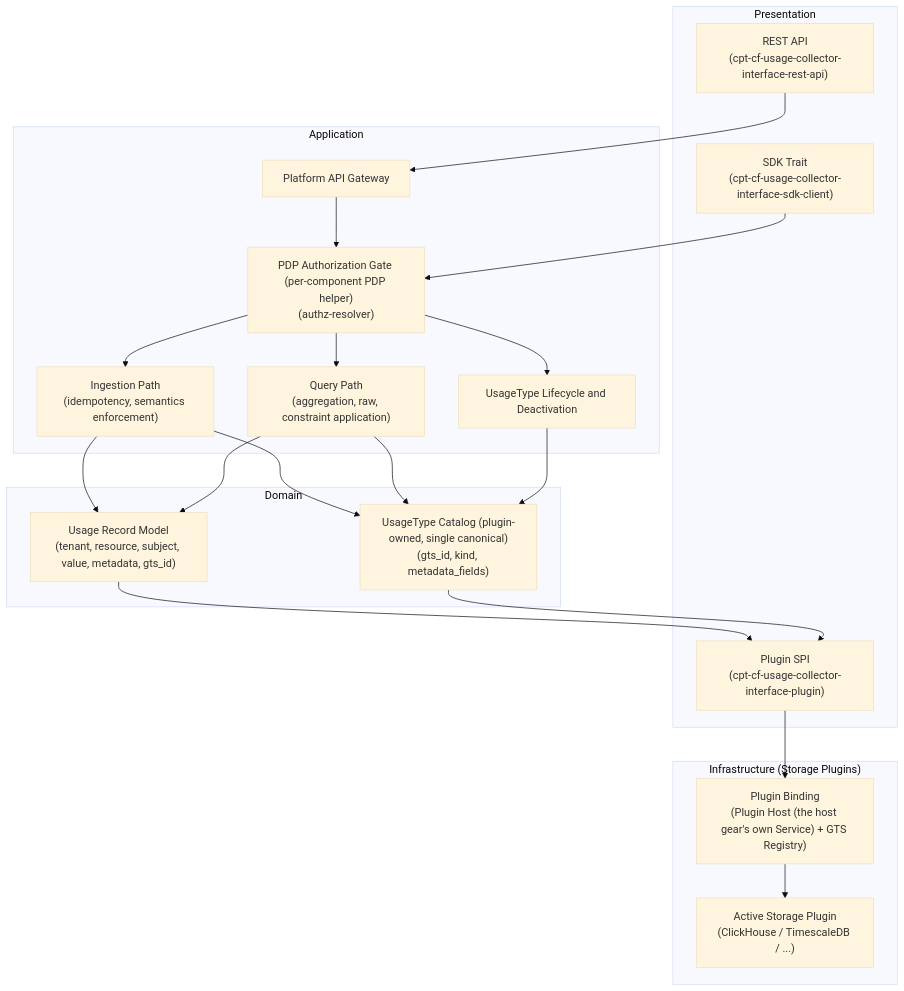
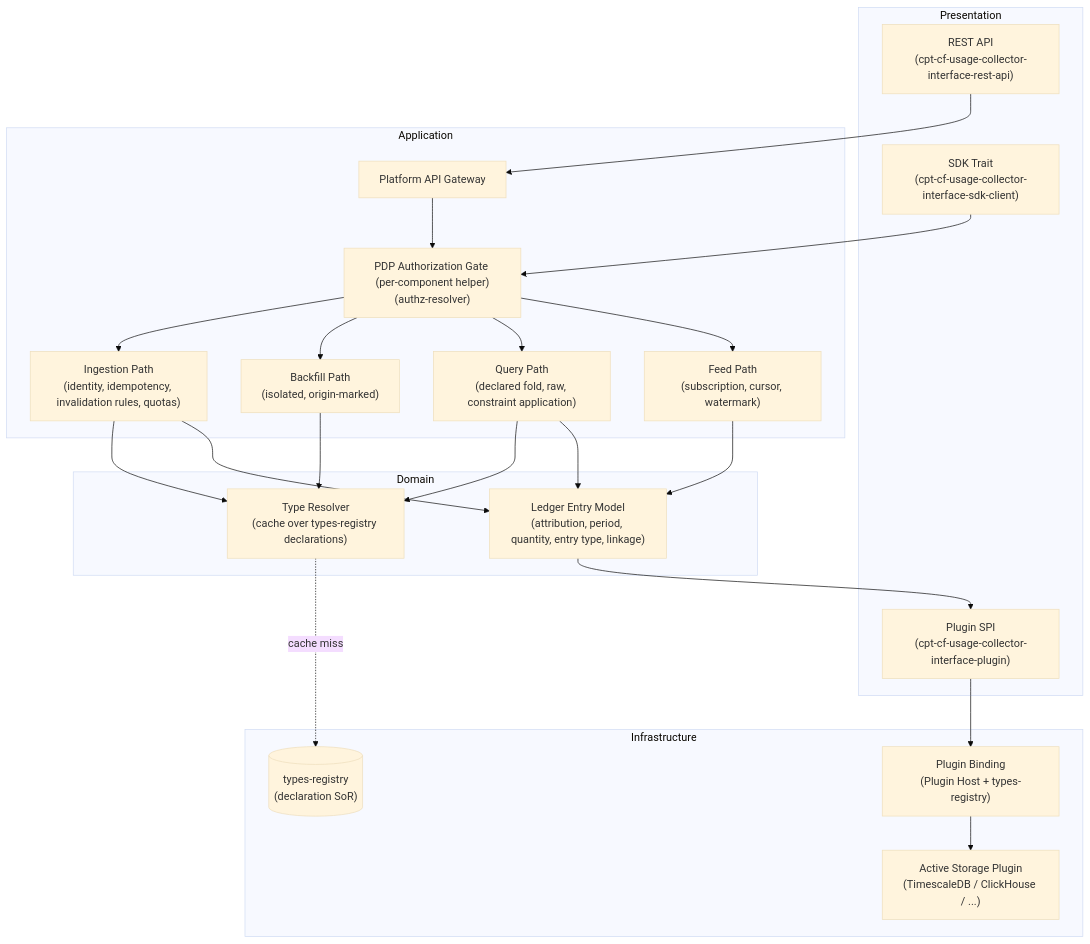
The first of 8 diagrams in gears/system/usage-collector/docs/DESIGN.md (constructorfabric/gears-rust), drawn with Mermaid (base theme) before and after one commit. The commit also changed other lines of this file and 36 other files, not shown here.

First line of the commit message:
docs(usage-collector)!: rework the metering model in DESIGN and the ADRs

````diff
--- a/gears/system/usage-collector/docs/DESIGN.md
+++ b/gears/system/usage-collector/docs/DESIGN.md
@@ -101,38 +131,42 @@
 ```mermaid
 flowchart TB
     subgraph Presentation["Presentation"]
         REST["REST API<br/>(cpt-cf-usage-collector-interface-rest-api)"]
         SDK["SDK Trait<br/>(cpt-cf-usage-collector-interface-sdk-client)"]
         SPI["Plugin SPI<br/>(cpt-cf-usage-collector-interface-plugin)"]
     end
     subgraph Application["Application"]
         Gateway["Platform API Gateway"]
-        AuthGate["PDP Authorization Gate (per-component PDP helper)<br/>(authz-resolver)"]
-        IngestPath["Ingestion Path<br/>(idempotency, semantics enforcement)"]
-        QueryPath["Query Path<br/>(aggregation, raw, constraint application)"]
-        Lifecycle["UsageType Lifecycle and Deactivation"]
+        AuthGate["PDP Authorization Gate (per-component helper)<br/>(authz-resolver)"]
+        IngestPath["Ingestion Path<br/>(identity, idempotency, invalidation rules, quotas)"]
+        Backfill["Backfill Path<br/>(isolated, origin-marked)"]
+        QueryPath["Query Path<br/>(declared fold, raw, constraint application)"]
+        FeedPath["Feed Path<br/>(subscription, cursor, watermark)"]
     end
     subgraph Domain["Domain"]
-        Catalog["UsageType Catalog (plugin-owned, single canonical)<br/>(gts_id, kind, metadata_fields)"]
-        Records["Usage Record Model<br/>(tenant, resource, subject, value, metadata, gts_id)"]
+        Resolver["Type Resolver<br/>(cache over types-registry declarations)"]
+        Records["Ledger Entry Model<br/>(attribution, period, quantity, entry type, linkage)"]
     end
-    subgraph Infrastructure["Infrastructure (Storage Plugins)"]
-        Binding["Plugin Binding<br/>(Plugin Host (the host gear's own Service) + GTS Registry)"]
-        Plugins["Active Storage Plugin<br/>(ClickHouse / TimescaleDB / ...)"]
+    subgraph Infrastructure["Infrastructure"]
+        Registry[("types-registry<br/>(declaration SoR)")]
+        Binding["Plugin Binding<br/>(Plugin Host + types-registry)"]
+        Plugins["Active Storage Plugin<br/>(TimescaleDB / ClickHouse / ...)"]
     end
     REST --> Gateway
     SDK --> AuthGate
     Gateway --> AuthGate
     AuthGate --> IngestPath
+    AuthGate --> Backfill
     AuthGate --> QueryPath
-    AuthGate --> Lifecycle
-    IngestPath --> Catalog
-    QueryPath --> Catalog
+    AuthGate --> FeedPath
+    IngestPath --> Resolver
+    Backfill --> Resolver
+    QueryPath --> Resolver
+    FeedPath --> Records
+    Resolver -.->|cache miss| Registry
     IngestPath --> Records
     QueryPath --> Records
-    Lifecycle --> Catalog
     Records --> SPI
-    Catalog --> SPI
     SPI --> Binding
     Binding --> Plugins
 ```
````
